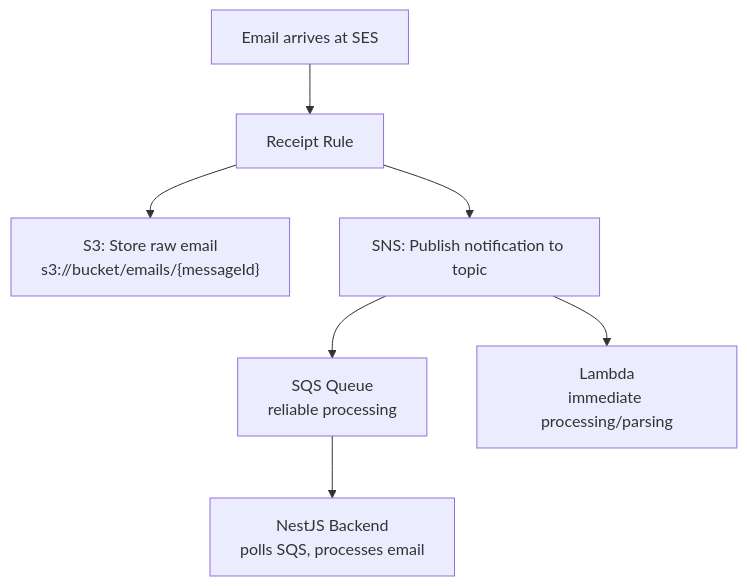
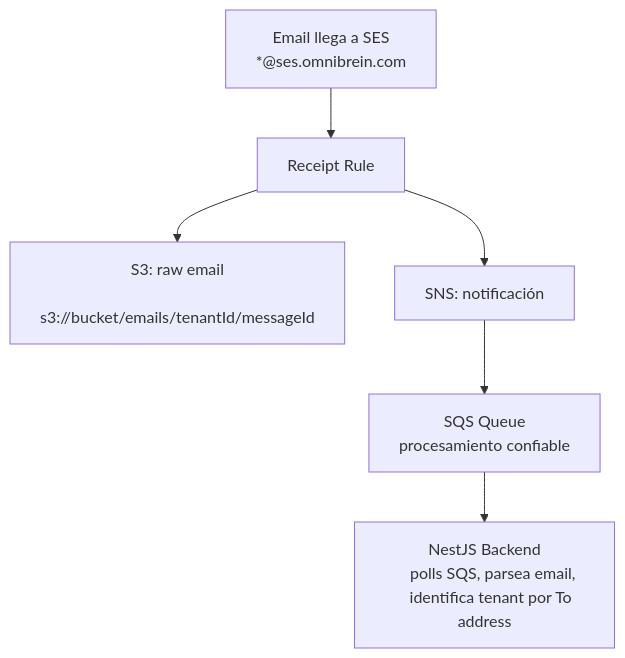
One commit to diego-serrano-kenility/omni-mail-channel-research changed the third of 6 diagrams in findings-amazon-ses.md. Above: the diagram before and after it, drawn with Mermaid. The commit also changed other lines of this file and 8 other files, not shown here.

````diff
--- a/findings-amazon-ses.md
+++ b/findings-amazon-ses.md
@@ -455,9 +495,13 @@
 ```mermaid
 flowchart TD
-    Email["Email arrives at SES"] --> RR["Receipt Rule"]
-    RR --> S3["S3: Store raw email<br/>s3://bucket/emails/{messageId}"]
-    RR --> SNS["SNS: Publish notification to topic"]
-    SNS --> SQS["SQS Queue<br/>reliable processing"]
-    SQS --> NestJS["NestJS Backend<br/>polls SQS, processes email"]
-    SNS --> Lambda["Lambda<br/>immediate processing/parsing"]
+    Email["Email llega a SES
+    *@ses.omnibrein.com"] --> RR["Receipt Rule"]
+    RR --> S3["S3: raw email
+    s3://bucket/emails/tenantId/messageId"]
+    RR --> SNS["SNS: notificación"]
+    SNS --> SQS["SQS Queue
+    procesamiento confiable"]
+    SQS --> NestJS["NestJS Backend
+    polls SQS, parsea email,
+    identifica tenant por To address"]
 ```
````
